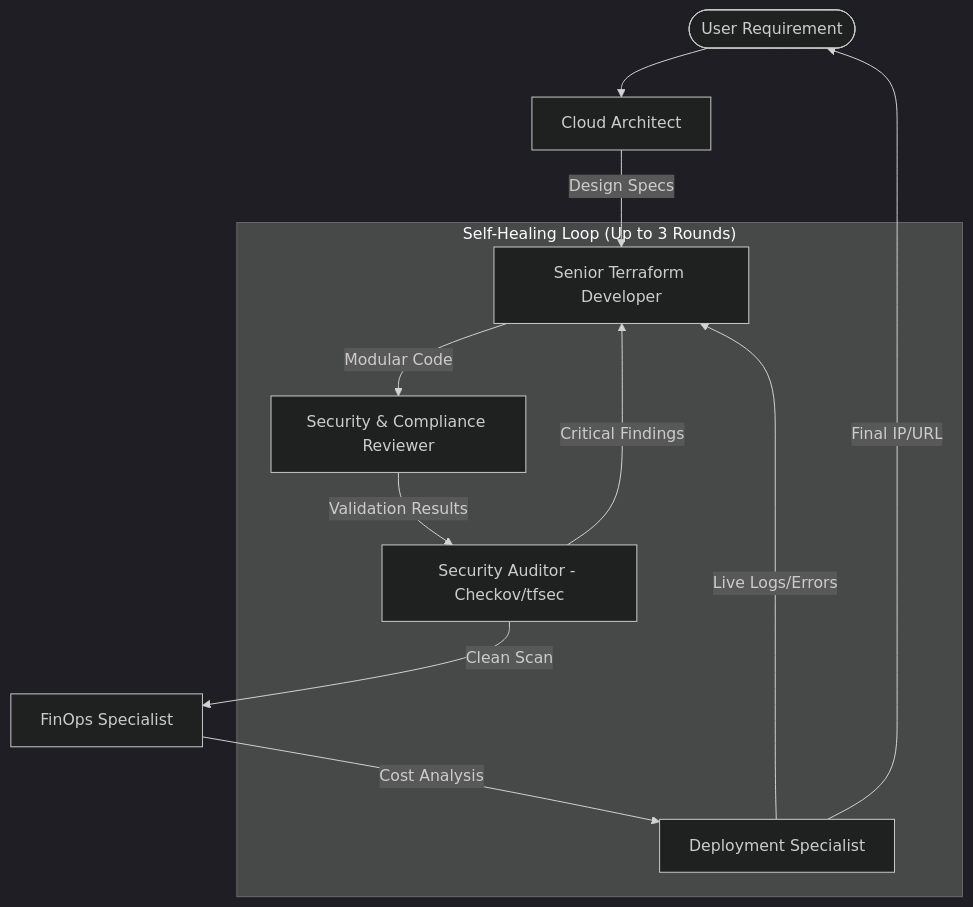
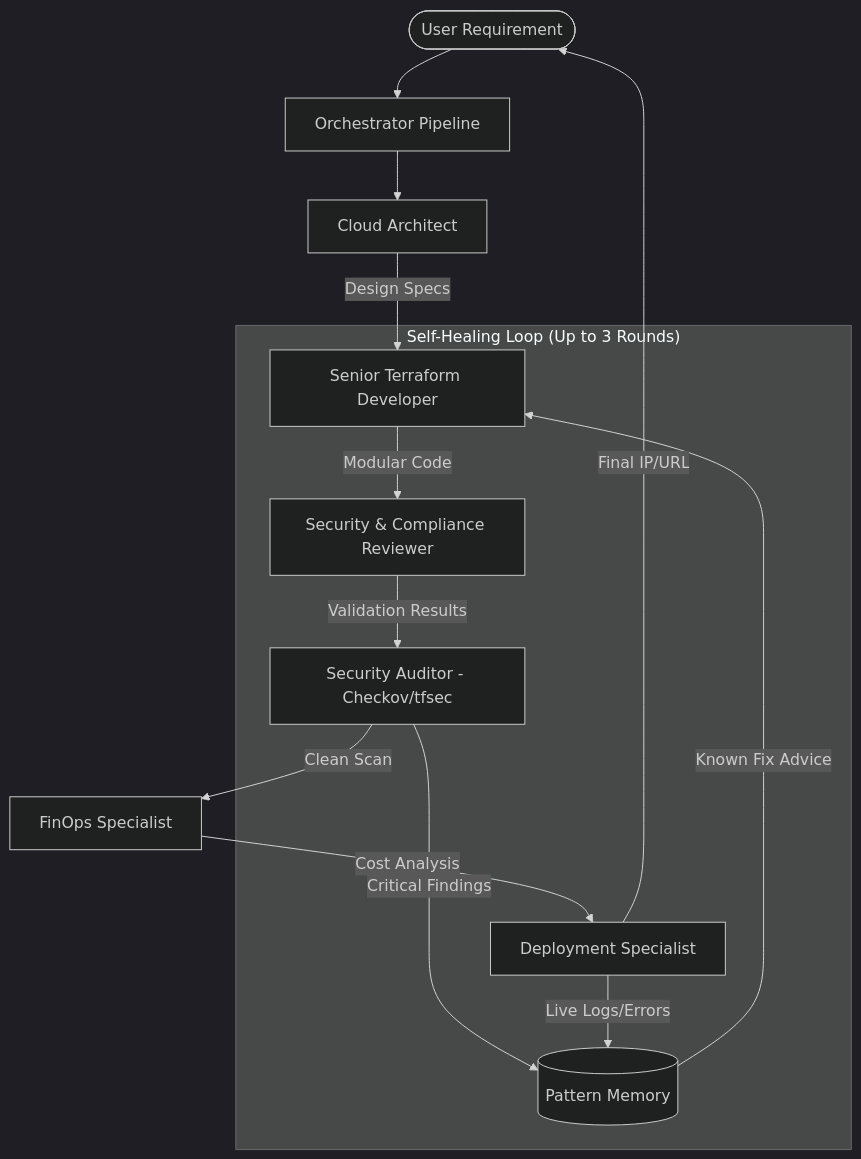
One commit to csae99/Terraform-AI-Agent changed the diagram in MULTI_AGENT_ARCHITECTURE.md. Above: the diagram before and after it, drawn with Mermaid (dark theme). The commit also changed other lines of this file and 11 other files, not shown here.

Commit message:
feat: introduce orchestrator pipeline, pattern memory system, and new CLI entry point

````diff
--- a/MULTI_AGENT_ARCHITECTURE.md
+++ b/MULTI_AGENT_ARCHITECTURE.md
@@ -11,19 +11,22 @@
 ```mermaid
 graph TD
-    User([User Requirement]) --> Architect[Cloud Architect]
+    User([User Requirement]) --> Orchestrator[Orchestrator Pipeline]
+    Orchestrator --> Architect[Cloud Architect]
     Architect -->|Design Specs| Developer[Senior Terraform Developer]
     Developer -->|Modular Code| Reviewer[Security & Compliance Reviewer]
     Reviewer -->|Validation Results| Auditor[Security Auditor - Checkov/tfsec]
-    Auditor -->|Critical Findings| Developer
+    Auditor -->|Critical Findings| Memory[(Pattern Memory)]
+    Memory -->|Known Fix Advice| Developer
     Auditor -->|Clean Scan| FinOps[FinOps Specialist]
     FinOps -->|Cost Analysis| Deployer[Deployment Specialist]
-    Deployer -->|Live Logs/Errors| Developer
+    Deployer -->|Live Logs/Errors| Memory
     Deployer -->|Final IP/URL| User
     
     subgraph "Self-Healing Loop (Up to 3 Rounds)"
     Developer
     Reviewer
     Auditor
+    Memory
     Deployer
     end
 ```
````
